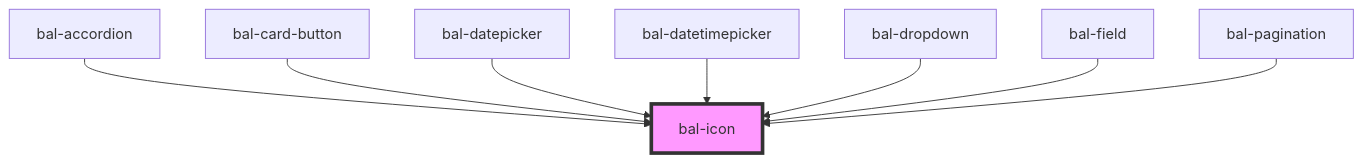
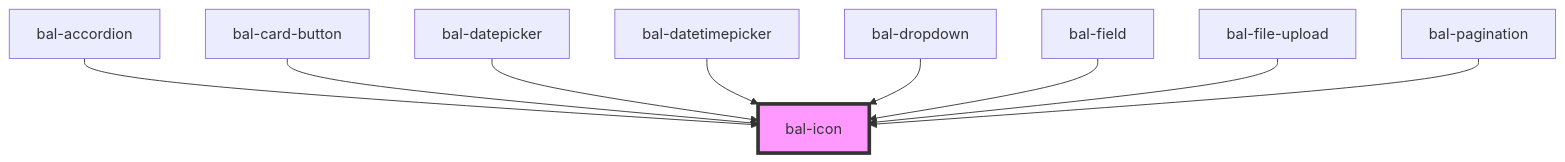
One commit to baloise/design-system changed the diagram in src/components/icon/readme.md. Above: the diagram before and after it, drawn with Mermaid. The commit also changed other lines of this file and 17 other files, not shown here.

````diff
--- a/src/components/icon/readme.md
+++ b/src/components/icon/readme.md
@@ -99,11 +100,12 @@
 ```mermaid
 graph TD;
   bal-accordion --> bal-icon
   bal-card-button --> bal-icon
   bal-datepicker --> bal-icon
   bal-datetimepicker --> bal-icon
   bal-dropdown --> bal-icon
   bal-field --> bal-icon
+  bal-file-upload --> bal-icon
   bal-pagination --> bal-icon
   style bal-icon fill:#f9f,stroke:#333,stroke-width:4px
 ```
````
